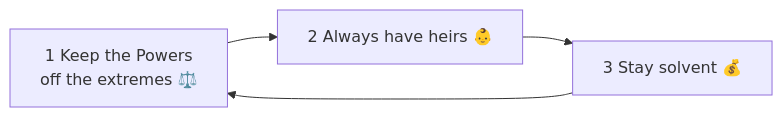
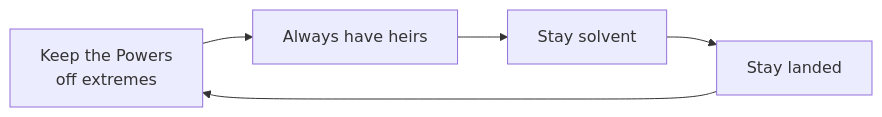
The diagram in content/guide/Strategy and Tips.md (kroryan/Quartz-HispaniaBeta), drawn with Mermaid before and after one commit. The commit also changed other lines of this file and 35 other files, not shown here.

````diff
--- a/content/guide/Strategy and Tips.md
+++ b/content/guide/Strategy and Tips.md
@@ -16,6 +16,7 @@
 ```mermaid
 flowchart LR
-    A[1 Keep the Powers<br/>off the extremes ⚖️] --> B[2 Always have heirs 👶]
-    B --> C[3 Stay solvent 💰]
-    C --> A
+    A[Keep the Powers<br/>off extremes] --> B[Always have heirs]
+    B --> C[Stay solvent]
+    C --> D[Stay landed]
+    D --> A
 ```
````
